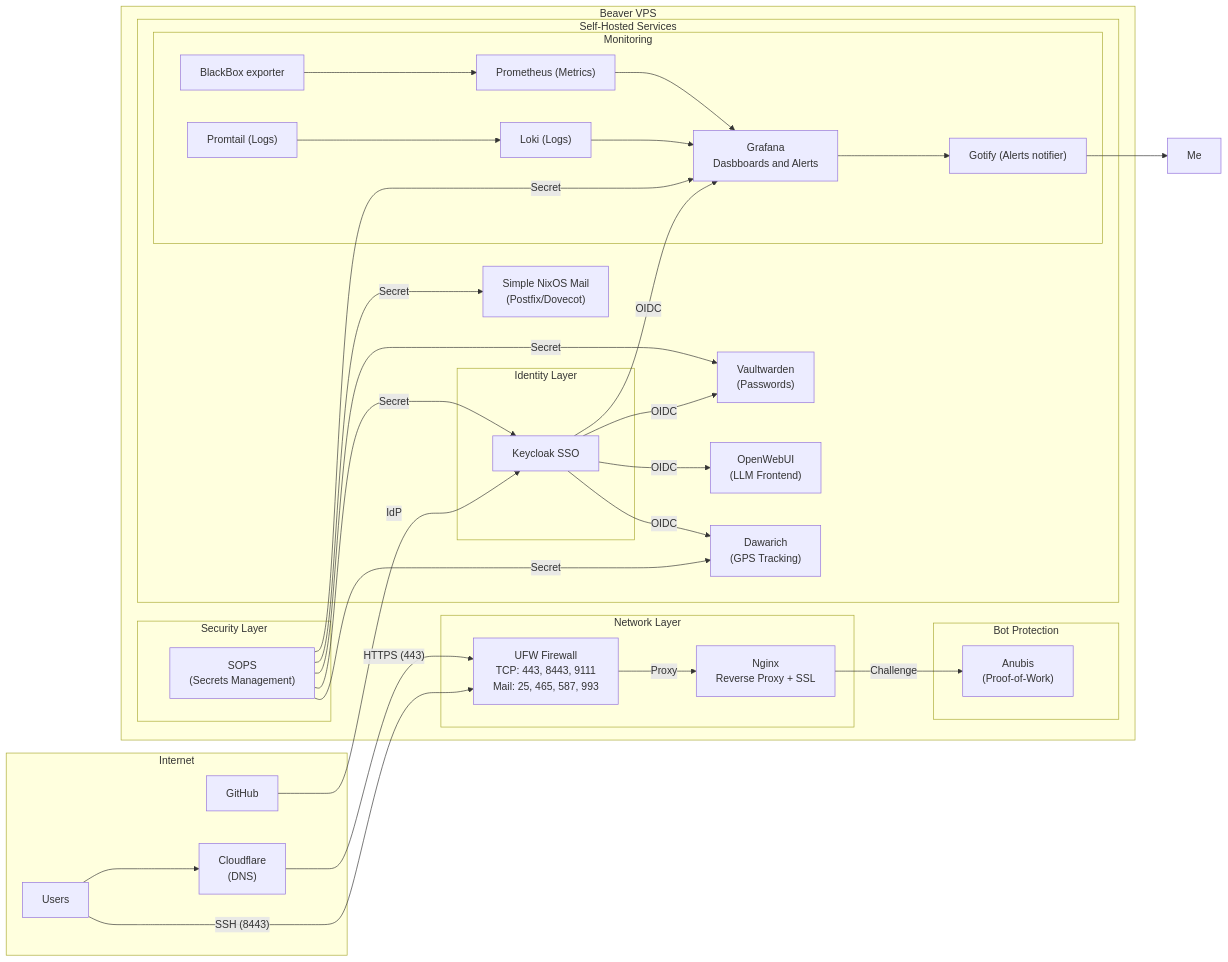
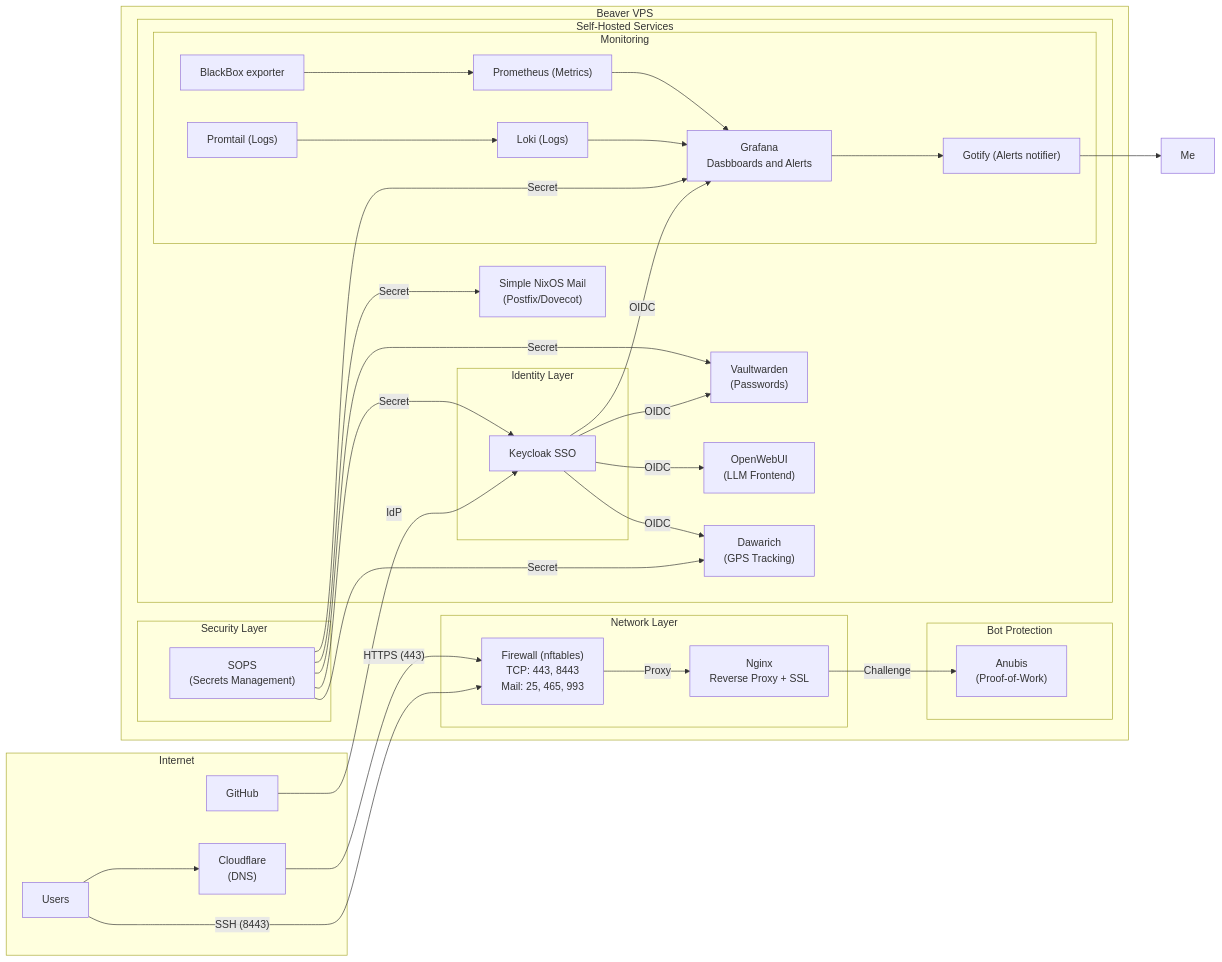
Before and after one commit to JustAlternate/nixcfg: the diagram in README.md, drawn with Mermaid. The commit also changed other lines of this file and 7 other files, not shown here.

````diff
--- a/README.md
+++ b/README.md
@@ -34,81 +35,81 @@
 ```mermaid
 flowchart LR
     Me["Me"]
     subgraph Internet["Internet"]
         Users["Users"]
         GitHub["GitHub"]
         Cloudflare["Cloudflare<br/>(DNS)"]
     end
 
     subgraph Beaver["Beaver VPS"]
         
         subgraph Network["Network Layer"]
-            Firewall["UFW Firewall<br/>TCP: 443, 8443, 9111<br/>Mail: 25, 465, 587, 993"]
+            Firewall["Firewall (nftables)<br/>TCP: 443, 8443<br/>Mail: 25, 465, 993"]
             Nginx["Nginx<br/>Reverse Proxy + SSL"]
         end
 
         subgraph AntiBot["Bot Protection"]
             Anubis["Anubis<br/>(Proof-of-Work)"]
         end
 
         subgraph Security["Security Layer"]
             Sops["SOPS<br/>(Secrets Management)"]
         end
 
         subgraph Services["Self-Hosted Services"]
             Vaultwarden["Vaultwarden<br/>(Passwords)"]
             OpenWebUI["OpenWebUI<br/>(LLM Frontend)"]
             Mail["Simple NixOS Mail<br/>(Postfix/Dovecot)"]
             Dawarich["Dawarich<br/>(GPS Tracking)"]
 
             subgraph Monitoring["Monitoring"]
                 Gotify["Gotify (Alerts notifier)"]
                 BlackBox["BlackBox exporter"]
                 Promtail["Promtail (Logs)"]
                 Loki["Loki (Logs)"]
                 Prometheus["Prometheus (Metrics)"]
                 Grafana["Grafana<br/>Dasbboards and Alerts"]
             end
 
             subgraph Auth["Identity Layer"]
                 Keycloak["Keycloak SSO<br/>"]
             end
         end
     end
 
     %% External Traffic
     Users --> Cloudflare
     Cloudflare -->|"HTTPS (443)"| Firewall
     Users -->|"SSH (8443)"| Firewall
 
     %% Internal Routing
     Firewall -->|"Proxy"| Nginx
     Nginx -->|"Challenge"| Anubis
 
     %% Monitoring Flow
     BlackBox --> Prometheus
     Prometheus --> Grafana
     Promtail --> Loki
     Loki --> Grafana
 
     Sops -->|"Secret"| Grafana
 
     Keycloak -->|"OIDC"| Grafana
 
     Sops -->|"Secret"| Vaultwarden
     Sops -->|"Secret"| Mail
     Sops -->|"Secret"| Keycloak
 
     GitHub -->|"IdP"| Keycloak
 
     %% Auth Flow
     Keycloak -->|"OIDC"| OpenWebUI
     Keycloak -->|"OIDC"| Dawarich
     Keycloak -->|"OIDC"| Vaultwarden
 
     Sops -->|"Secret"| Dawarich
 
     Grafana --> Gotify
     Gotify --> Me
 
 ```
````
